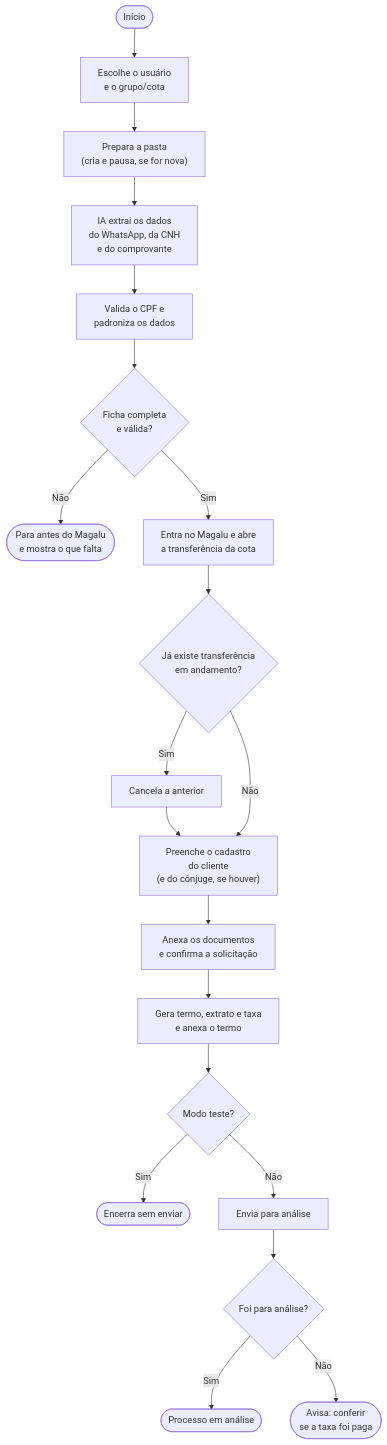
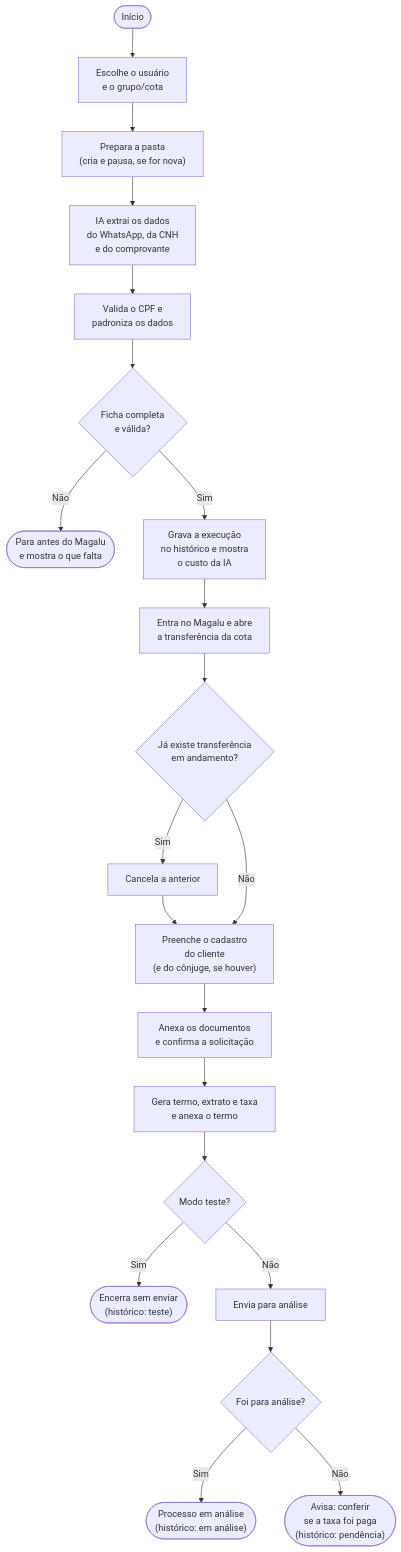
One commit to Bruno-Rauber/cadastro-magalu changed the diagram in README.md. Above: the diagram before and after it, drawn with Mermaid. The commit also changed other lines of this file, not shown here.

First line of the commit message:
Atualiza o README com o histórico em SQLite

````diff
--- a/README.md
+++ b/README.md
@@ -30,22 +31,23 @@
 ```mermaid
 flowchart TD
     A(["Início"]) --> B["Escolhe o usuário<br>e o grupo/cota"]
     B --> C["Prepara a pasta<br>(cria e pausa, se for nova)"]
     C --> D["IA extrai os dados<br>do WhatsApp, da CNH<br>e do comprovante"]
     D --> E["Valida o CPF e<br>padroniza os dados"]
     E --> F{"Ficha completa<br>e válida?"}
     F -- Não --> G(["Para antes do Magalu<br>e mostra o que falta"])
-    F -- Sim --> H["Entra no Magalu e abre<br>a transferência da cota"]
+    F -- Sim --> T["Grava a execução<br>no histórico e mostra<br>o custo da IA"]
+    T --> H["Entra no Magalu e abre<br>a transferência da cota"]
     H --> I{"Já existe transferência<br>em andamento?"}
     I -- Sim --> J["Cancela a anterior"]
     J --> K["Preenche o cadastro<br>do cliente<br>(e do cônjuge, se houver)"]
     I -- Não --> K
     K --> L["Anexa os documentos<br>e confirma a solicitação"]
     L --> M["Gera termo, extrato e taxa<br>e anexa o termo"]
     M --> N{"Modo teste?"}
-    N -- Sim --> O(["Encerra sem enviar"])
+    N -- Sim --> O(["Encerra sem enviar<br>(histórico: teste)"])
     N -- Não --> P["Envia para análise"]
     P --> Q{"Foi para análise?"}
-    Q -- Sim --> R(["Processo em análise"])
-    Q -- Não --> S(["Avisa: conferir<br>se a taxa foi paga"])
+    Q -- Sim --> R(["Processo em análise<br>(histórico: em análise)"])
+    Q -- Não --> S(["Avisa: conferir<br>se a taxa foi paga<br>(histórico: pendência)"])
 ```
````
